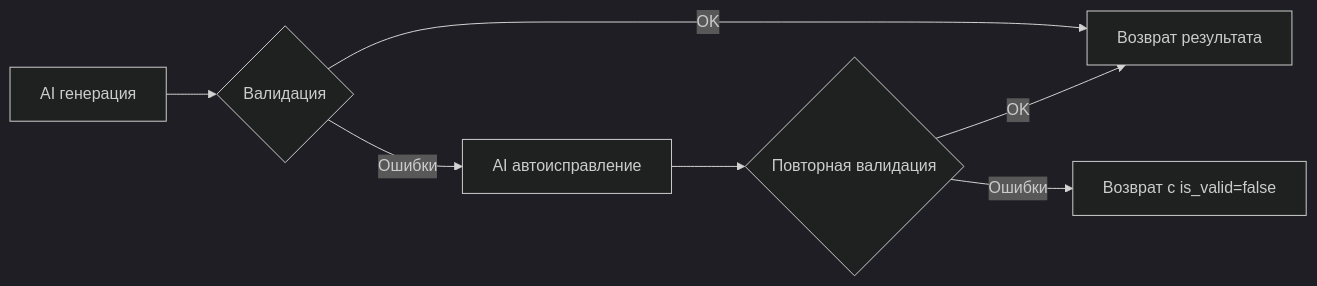
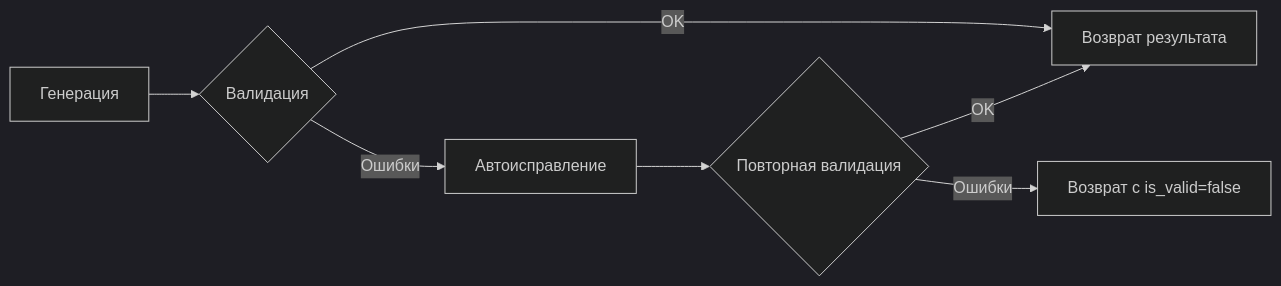
One commit to Sign25/Docs changed the fourth of 4 diagrams in content_factory/adolf_content_factory_9_api_reference.md. Above: the diagram before and after it, drawn with Mermaid (dark theme). The commit also changed other lines of this file, not shown here.

````diff
--- a/content_factory/adolf_content_factory_9_api_reference.md
+++ b/content_factory/adolf_content_factory_9_api_reference.md
@@ -838,9 +856,9 @@
 ```mermaid
 flowchart LR
-    GEN[AI генерация] --> VAL{Валидация}
-    VAL -->|Ошибки| FIX[AI автоисправление]
+    GEN[Генерация] --> VAL{Валидация}
+    VAL -->|Ошибки| FIX[Автоисправление]
     FIX --> VAL2{Повторная валидация}
     VAL2 -->|OK| OK[Возврат результата]
     VAL2 -->|Ошибки| FAIL[Возврат с is_valid=false]
     VAL -->|OK| OK
 ```
````
